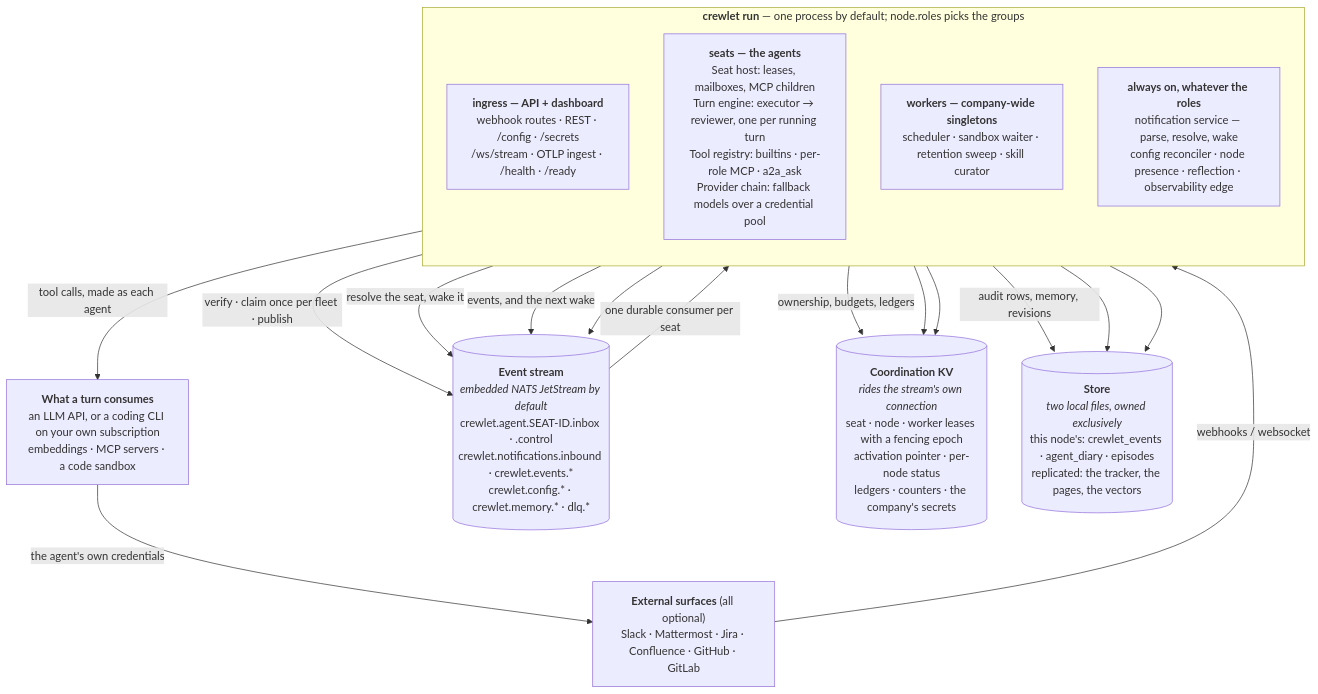
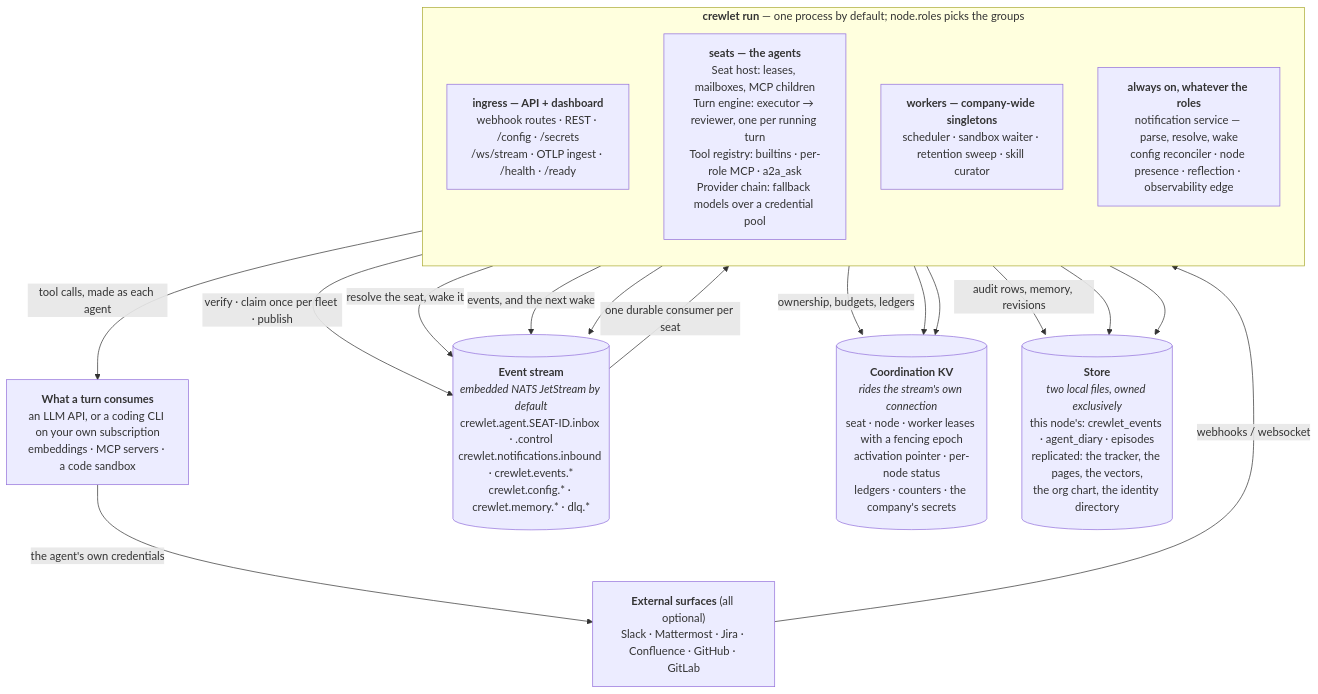
The diagram in docs/concepts/overview.md (crewlet/crewlet), drawn with Mermaid before and after one commit. The commit also changed 2 other files, not shown here.

Commit message:
docs(docs): name all five state-log domains in the replicated estate
backup.md's estate table and its two-files section, fleet.md's
catch-up section and overview.md's architecture diagram each listed
the replicated estate as the tracker and the embeddings (the diagram
added the pages). It also holds the org chart and the identity
directory, which a backup, a snapshot and a catch-up carry the same
way, so a reader sizing or restoring one was told about two of five.

````diff
--- a/docs/concepts/overview.md
+++ b/docs/concepts/overview.md
@@ -56,32 +56,32 @@
 ```mermaid
 flowchart TB
     EXT["<b>External surfaces</b> (all optional)<br/>Slack · Mattermost · Jira · Confluence · GitHub · GitLab"]
     SUPPLY["<b>What a turn consumes</b><br/>an LLM API, or a coding CLI on your own subscription<br/>embeddings · MCP servers · a code sandbox"]
 
     subgraph proc["<b>crewlet run</b> — one process by default; node.roles picks the groups"]
         direction TB
         API["<b>ingress — API + dashboard</b><br/>webhook routes · REST · /config · /secrets<br/>/ws/stream · OTLP ingest · /health · /ready"]
         SEAT["<b>seats — the agents</b><br/>Seat host: leases, mailboxes, MCP children<br/>Turn engine: executor → reviewer, one per running turn<br/>Tool registry: builtins · per-role MCP · a2a_ask<br/>Provider chain: fallback models over a credential pool"]
         DUTY["<b>workers — company-wide singletons</b><br/>scheduler · sandbox waiter · retention sweep · skill curator"]
         CORE["<b>always on, whatever the roles</b><br/>notification service — parse, resolve, wake<br/>config reconciler · node presence · reflection · observability edge"]
     end
 
     STREAM[("<b>Event stream</b><br/><i>embedded NATS JetStream by default</i><br/>crewlet.agent.SEAT-ID.inbox · .control<br/>crewlet.notifications.inbound · crewlet.events.*<br/>crewlet.config.* · crewlet.memory.* · dlq.*")]
     KV[("<b>Coordination KV</b><br/><i>rides the stream's own connection</i><br/>seat · node · worker leases with a fencing epoch<br/>activation pointer · per-node status<br/>ledgers · counters · the company's secrets")]
-    DB[("<b>Store</b><br/><i>two local files, owned exclusively</i><br/>this node's: crewlet_events · agent_diary · episodes<br/>replicated: the tracker, the pages, the vectors")]
+    DB[("<b>Store</b><br/><i>two local files, owned exclusively</i><br/>this node's: crewlet_events · agent_diary · episodes<br/>replicated: the tracker, the pages, the vectors,<br/>the org chart, the identity directory")]
 
     EXT -->|"webhooks / websocket"| API
     API -->|"verify · claim once per fleet · publish"| STREAM
     CORE -->|"resolve the seat, wake it"| STREAM
     STREAM -->|"one durable consumer per seat"| SEAT
     SEAT -->|"tool calls, made as each agent"| SUPPLY
     SUPPLY -->|"the agent's own credentials"| EXT
     SEAT -->|"events, and the next wake"| STREAM
     DUTY --> STREAM
     SEAT -->|"ownership, budgets, ledgers"| KV
     CORE --> KV
     DUTY --> KV
     SEAT -->|"audit rows, memory, revisions"| DB
     CORE --> DB
     API --> DB
 ```
````
